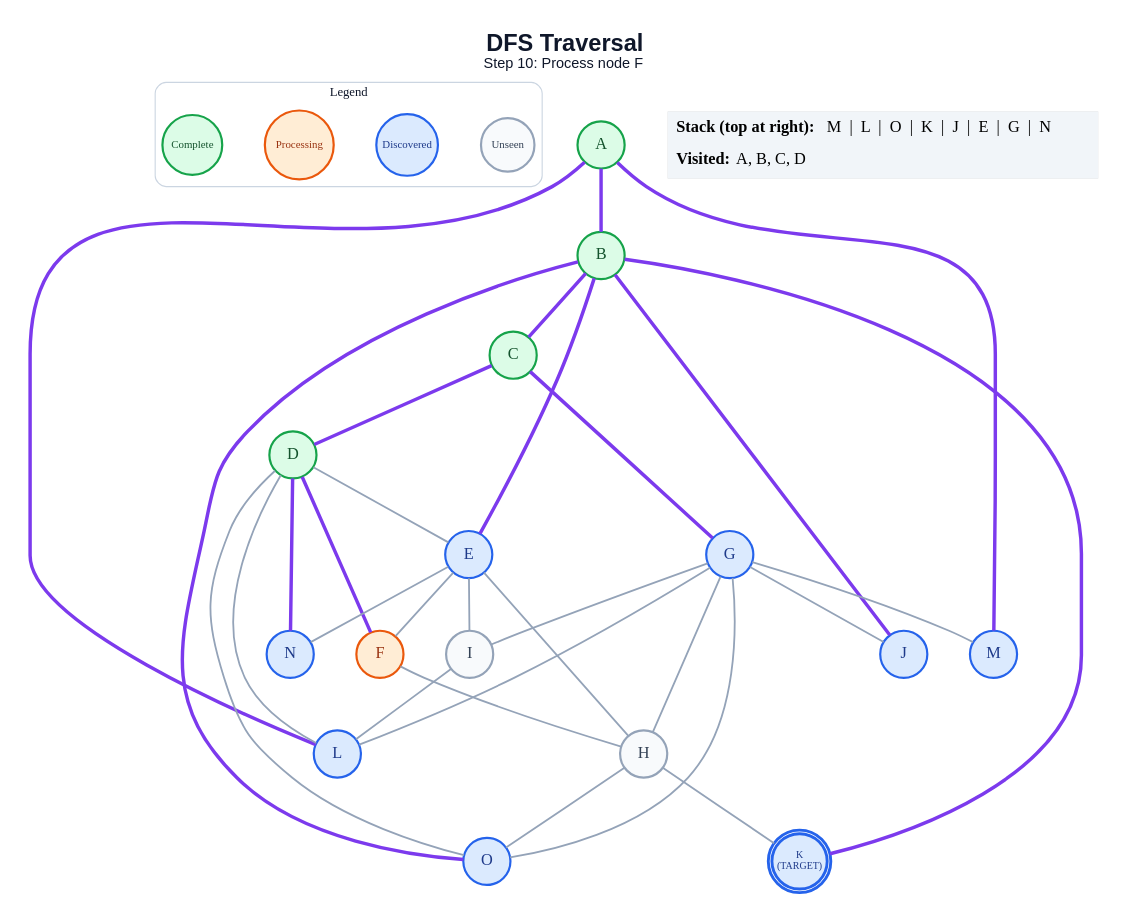
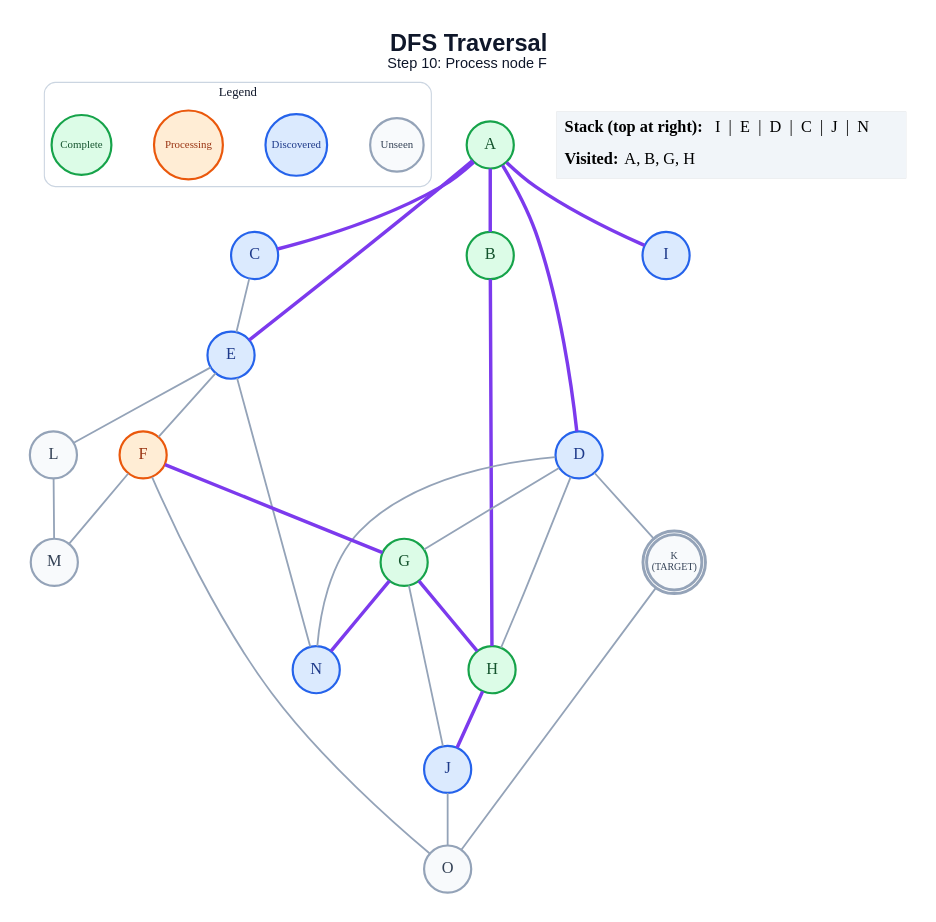
One commit to anon7238593-create/ai-slop changed the diagram in generated/specific-node/dfs/step_10.dot. Above: the diagram before and after it, drawn with Graphviz. The commit also changed 239 other files, not shown here.

```diff
--- a/generated/specific-node/dfs/step_10.dot
+++ b/generated/specific-node/dfs/step_10.dot
@@ -1,63 +1,58 @@
 graph traversal {
   graph [layout=dot, rankdir=TB, bgcolor="#FFFFFF", pad="0.35", nodesep="0.65", ranksep="0.8", fontname="Arial"];
   node [shape=circle, style="filled", fontname="Arial Bold", fontsize=18, width=0.72, fixedsize=true, penwidth=2.4];
   edge [color="#94A3B8", penwidth=2.0];
   label=<<B>DFS Traversal</B><BR/><FONT POINT-SIZE="16">Step 10: Process node F</FONT>>; labelloc="t"; fontsize=26; fontname="Arial"; fontcolor="#0F172A";
   subgraph cluster_legend { label="Legend"; color="#CBD5E1"; penwidth=1.2; style="rounded"; fontsize=14; fontname="Arial Bold";
     key_unseen [label="Unseen", fillcolor="#F8FAFC", color="#94A3B8", fontcolor="#334155", fontsize=12, width=0.82];
     key_frontier [label="Discovered", fillcolor="#DBEAFE", color="#2563EB", fontcolor="#1E3A8A", fontsize=12, width=0.95];
     key_current [label="Processing", fillcolor="#FFEDD5", color="#EA580C", fontcolor="#9A3412", fontsize=12, width=1.05];
     key_done [label="Complete", fillcolor="#DCFCE7", color="#16A34A", fontcolor="#14532D", fontsize=12, width=0.92];
     { rank=same; key_unseen; key_frontier; key_current; key_done; }
   }
   A [label="A", fillcolor="#DCFCE7", color="#16A34A", fontcolor="#14532D", peripheries=1, penwidth=2.4];
   B [label="B", fillcolor="#DCFCE7", color="#16A34A", fontcolor="#14532D", peripheries=1, penwidth=2.4];
-  C [label="C", fillcolor="#DCFCE7", color="#16A34A", fontcolor="#14532D", peripheries=1, penwidth=2.4];
-  D [label="D", fillcolor="#DCFCE7", color="#16A34A", fontcolor="#14532D", peripheries=1, penwidth=2.4];
+  C [label="C", fillcolor="#DBEAFE", color="#2563EB", fontcolor="#1E3A8A", peripheries=1, penwidth=2.4];
+  D [label="D", fillcolor="#DBEAFE", color="#2563EB", fontcolor="#1E3A8A", peripheries=1, penwidth=2.4];
   E [label="E", fillcolor="#DBEAFE", color="#2563EB", fontcolor="#1E3A8A", peripheries=1, penwidth=2.4];
   F [label="F", fillcolor="#FFEDD5", color="#EA580C", fontcolor="#9A3412", peripheries=1, penwidth=2.4];
-  G [label="G", fillcolor="#DBEAFE", color="#2563EB", fontcolor="#1E3A8A", peripheries=1, penwidth=2.4];
-  H [label="H", fillcolor="#F8FAFC", color="#94A3B8", fontcolor="#334155", peripheries=1, penwidth=2.4];
-  I [label="I", fillcolor="#F8FAFC", color="#94A3B8", fontcolor="#334155", peripheries=1, penwidth=2.4];
+  G [label="G", fillcolor="#DCFCE7", color="#16A34A", fontcolor="#14532D", peripheries=1, penwidth=2.4];
+  H [label="H", fillcolor="#DCFCE7", color="#16A34A", fontcolor="#14532D", peripheries=1, penwidth=2.4];
+  I [label="I", fillcolor="#DBEAFE", color="#2563EB", fontcolor="#1E3A8A", peripheries=1, penwidth=2.4];
   J [label="J", fillcolor="#DBEAFE", color="#2563EB", fontcolor="#1E3A8A", peripheries=1, penwidth=2.4];
-  K [label="K\n(TARGET)", fillcolor="#DBEAFE", color="#2563EB", fontcolor="#1E3A8A", peripheries=2, penwidth=3.2, fontsize=11, width=0.85, height=0.85];
-  L [label="L", fillcolor="#DBEAFE", color="#2563EB", fontcolor="#1E3A8A", peripheries=1, penwidth=2.4];
-  M [label="M", fillcolor="#DBEAFE", color="#2563EB", fontcolor="#1E3A8A", peripheries=1, penwidth=2.4];
+  K [label="K\n(TARGET)", fillcolor="#F8FAFC", color="#94A3B8", fontcolor="#334155", peripheries=2, penwidth=3.2, fontsize=11, width=0.85, height=0.85];
+  L [label="L", fillcolor="#F8FAFC", color="#94A3B8", fontcolor="#334155", peripheries=1, penwidth=2.4];
+  M [label="M", fillcolor="#F8FAFC", color="#94A3B8", fontcolor="#334155", peripheries=1, penwidth=2.4];
   N [label="N", fillcolor="#DBEAFE", color="#2563EB", fontcolor="#1E3A8A", peripheries=1, penwidth=2.4];
-  O [label="O", fillcolor="#DBEAFE", color="#2563EB", fontcolor="#1E3A8A", peripheries=1, penwidth=2.4];
+  O [label="O", fillcolor="#F8FAFC", color="#94A3B8", fontcolor="#334155", peripheries=1, penwidth=2.4];
   A -- B [color="#7C3AED", penwidth=3.8];
-  A -- L [color="#7C3AED", penwidth=3.8];
-  A -- M [color="#7C3AED", penwidth=3.8];
-  B -- C [color="#7C3AED", penwidth=3.8];
-  B -- E [color="#7C3AED", penwidth=3.8];
-  B -- J [color="#7C3AED", penwidth=3.8];
-  B -- K [color="#7C3AED", penwidth=3.8];
-  B -- O [color="#7C3AED", penwidth=3.8];
-  C -- D [color="#7C3AED", penwidth=3.8];
-  C -- G [color="#7C3AED", penwidth=3.8];
-  D -- E;
-  D -- F [color="#7C3AED", penwidth=3.8];
-  D -- L;
-  D -- N [color="#7C3AED", penwidth=3.8];
-  D -- O;
+  A -- C [color="#7C3AED", penwidth=3.8];
+  A -- D [color="#7C3AED", penwidth=3.8];
+  A -- E [color="#7C3AED", penwidth=3.8];
+  A -- I [color="#7C3AED", penwidth=3.8];
+  B -- H [color="#7C3AED", penwidth=3.8];
+  C -- E;
+  D -- G;
+  D -- H;
+  D -- K;
+  D -- N;
   E -- F;
-  E -- H;
-  E -- I;
+  E -- L;
   E -- N;
-  F -- H;
-  G -- H;
-  G -- I;
+  F -- G [color="#7C3AED", penwidth=3.8];
+  F -- M;
+  F -- O;
+  G -- H [color="#7C3AED", penwidth=3.8];
   G -- J;
-  G -- L;
-  G -- M;
-  G -- O;
-  H -- K;
-  H -- O;
-  I -- L;
+  G -- N [color="#7C3AED", penwidth=3.8];
+  H -- J [color="#7C3AED", penwidth=3.8];
+  J -- O;
+  K -- O;
+  L -- M;
   status [shape=plain, fixedsize=false, width=0, height=0, margin=0, label=<
     <TABLE BORDER="0" CELLBORDER="0" CELLPADDING="7" BGCOLOR="#F1F5F9">
-      <TR><TD ALIGN="LEFT"><B>Stack (top at right):</B> M  |  L  |  O  |  K  |  J  |  E  |  G  |  N</TD></TR>
-      <TR><TD ALIGN="LEFT"><B>Visited:</B> A, B, C, D</TD></TR>
+      <TR><TD ALIGN="LEFT"><B>Stack (top at right):</B> I  |  E  |  D  |  C  |  J  |  N</TD></TR>
+      <TR><TD ALIGN="LEFT"><B>Visited:</B> A, B, G, H</TD></TR>
     </TABLE>
   >];
 }
```
